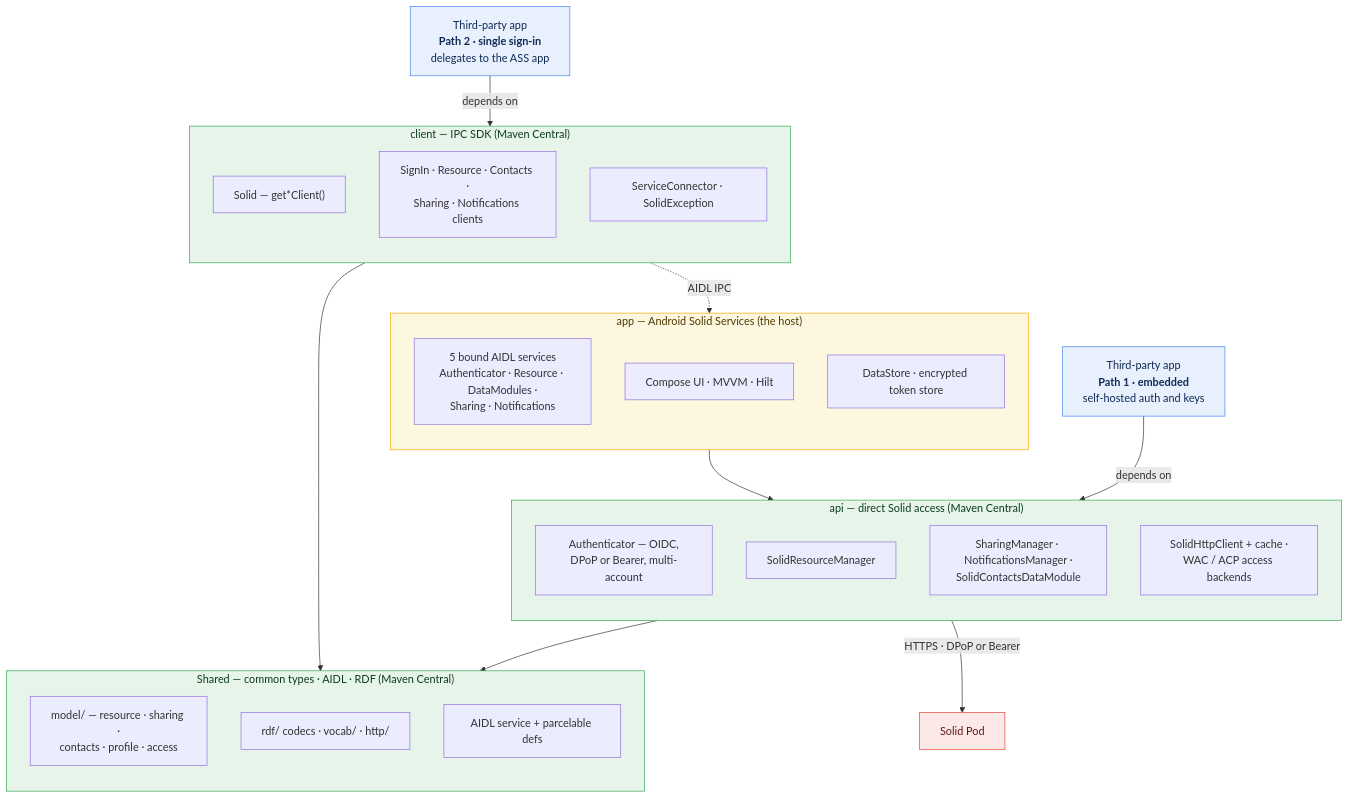
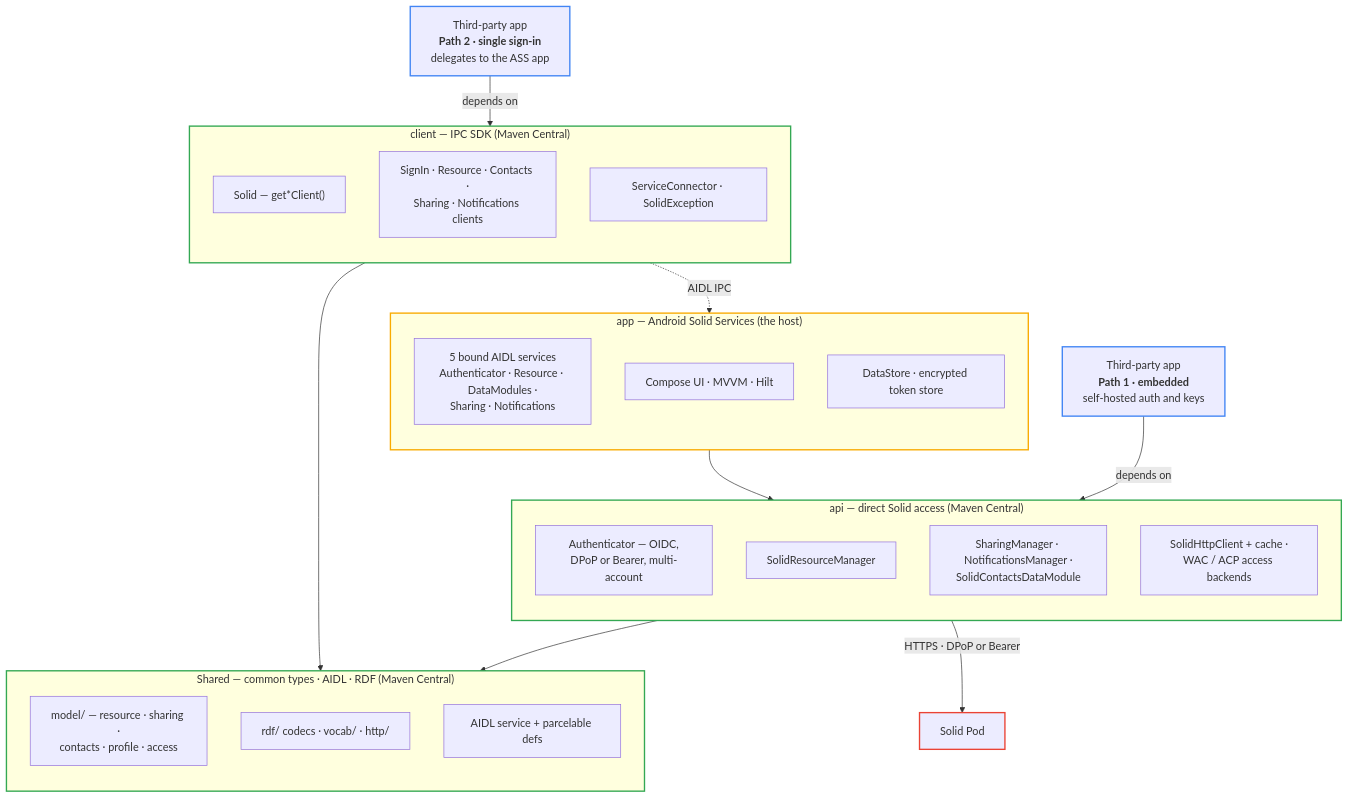
One commit to erfangholami/Android-Solid-Services changed the first of 2 diagrams in docs/architecture.md. Above: the diagram before and after it, drawn with Mermaid. The commit also changed other lines of this file and 4 other files, not shown here.

Commit message:
Consolidate the docs and make every diagram theme-aware

````diff
--- a/docs/architecture.md
+++ b/docs/architecture.md
@@ -16,60 +16,61 @@
 ```mermaid
 graph TD
     %% ── Consumers: the two integration paths ──
     TPA1["Third-party app<br/><b>Path 1 · embedded</b><br/>self-hosted auth and keys"]
     TPA2["Third-party app<br/><b>Path 2 · single sign-in</b><br/>delegates to the ASS app"]
 
     subgraph CLIENT["client — IPC SDK (Maven Central)"]
         direction TB
         CL_ENTRY["Solid — get*Client()"]
         CL_PROXY["SignIn · Resource · Contacts ·<br/>Sharing · Notifications clients"]
         CL_CONN["ServiceConnector · SolidException"]
     end
 
     subgraph API["api — direct Solid access (Maven Central)"]
         direction TB
         AP_AUTH["Authenticator — OIDC,<br/>DPoP or Bearer, multi-account"]
         AP_RES["SolidResourceManager"]
         AP_SHARE["SharingManager · NotificationsManager ·<br/>SolidContactsDataModule"]
         AP_HTTP["SolidHttpClient + cache ·<br/>WAC / ACP access backends"]
     end
 
     subgraph APP["app — Android Solid Services (the host)"]
         direction TB
         AP_SVC["5 bound AIDL services<br/>Authenticator · Resource · DataModules ·<br/>Sharing · Notifications"]
         AP_UI["Compose UI · MVVM · Hilt"]
         AP_STORE["DataStore · encrypted token store"]
     end
 
     subgraph SHARED["Shared — common types · AIDL · RDF (Maven Central)"]
         direction TB
         SH_MODEL["model/ — resource · sharing ·<br/>contacts · profile · access"]
         SH_RDF["rdf/ codecs · vocab/ · http/"]
         SH_AIDL["AIDL service + parcelable defs"]
     end
 
     POD["Solid Pod"]
 
     %% Path 1 — embed api, talk to the pod directly
     TPA1 -->|depends on| API
     API -->|"HTTPS · DPoP or Bearer"| POD
 
     %% Path 2 — use client, which IPCs into the ASS app
     TPA2 -->|depends on| CLIENT
     CLIENT -.->|AIDL IPC| AP_SVC
     AP_SVC --> API
 
     %% Foundation dependencies (the app depends on both libraries — see prose)
     API --> SHARED
     CLIENT --> SHARED
 
-    classDef consumer fill:#e8f0fe,stroke:#4285f4,color:#102a54;
-    classDef pod fill:#fce8e6,stroke:#ea4335,color:#5c1a14;
+    %% Outlines only — fills and text follow the page theme, so this reads in light and dark.
+    classDef consumer stroke:#4285f4,stroke-width:2px;
+    classDef pod stroke:#ea4335,stroke-width:2px;
     class TPA1,TPA2 consumer
     class POD pod
 
-    style CLIENT fill:#e6f4ea,stroke:#34a853,color:#0d3b1e
-    style API fill:#e6f4ea,stroke:#34a853,color:#0d3b1e
-    style SHARED fill:#e6f4ea,stroke:#34a853,color:#0d3b1e
-    style APP fill:#fef7e0,stroke:#f9ab00,color:#4d3800
+    style CLIENT stroke:#34a853,stroke-width:2px
+    style API stroke:#34a853,stroke-width:2px
+    style SHARED stroke:#34a853,stroke-width:2px
+    style APP stroke:#f9ab00,stroke-width:2px
 ```
````
